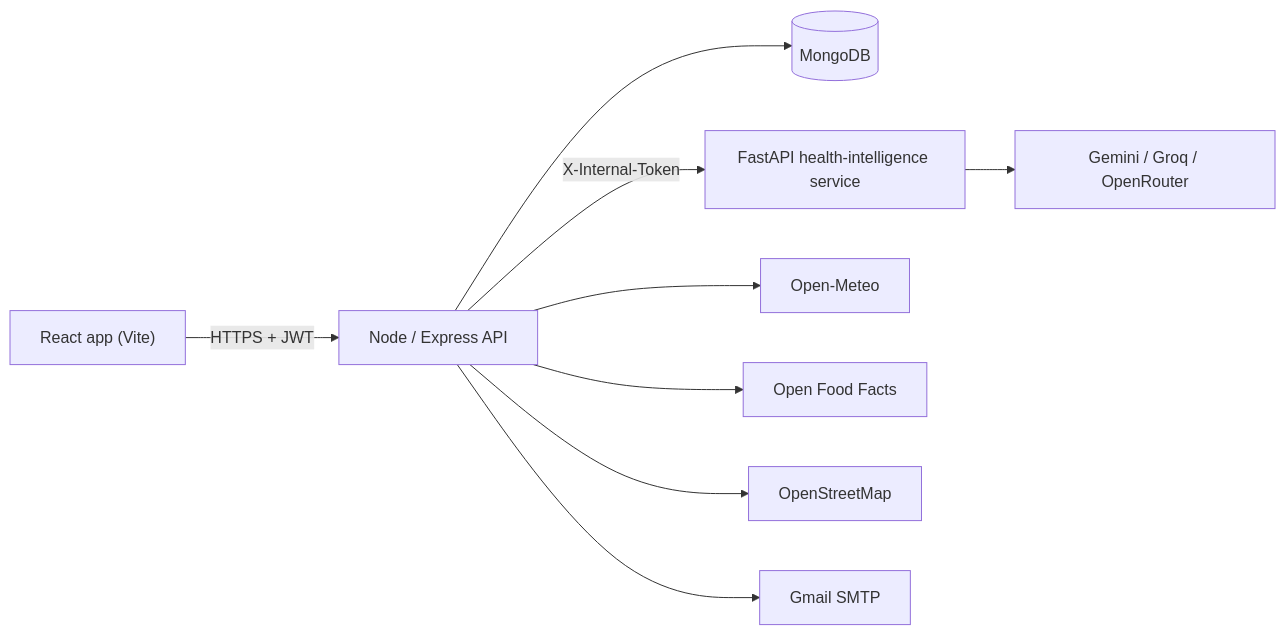
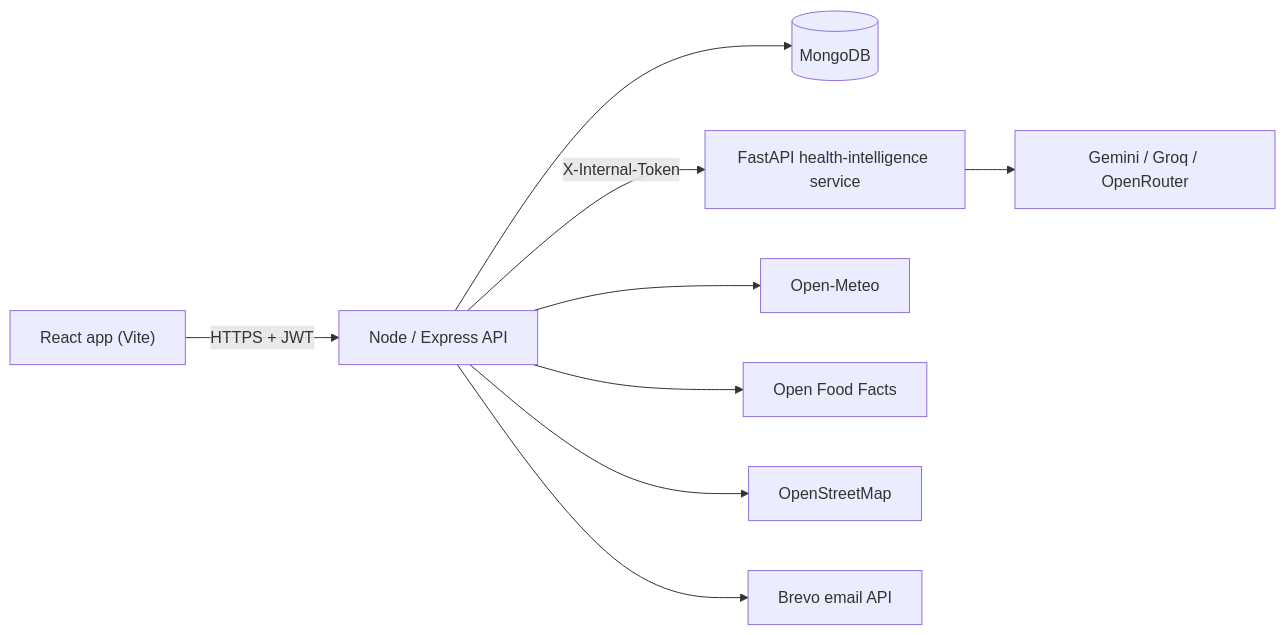
One commit to Hargun1/Build-for-bangalore changed the diagram in README.md. Above: the diagram before and after it, drawn with Mermaid. The commit also changed other lines of this file and 41 other files, not shown here.

Commit message:
Ship reliability and safety fixes across health flows

````diff
--- a/README.md
+++ b/README.md
@@ -32,11 +32,11 @@
 ```mermaid
 flowchart LR
   B["React app (Vite)"] -->|"HTTPS + JWT"| N["Node / Express API"]
   N --> M[("MongoDB")]
   N -->|"X-Internal-Token"| P["FastAPI health-intelligence service"]
   P --> G["Gemini / Groq / OpenRouter"]
   N --> OM["Open-Meteo"]
   N --> OFF["Open Food Facts"]
   N --> OSM["OpenStreetMap"]
-  N --> GM["Gmail SMTP"]
+  N --> GM["Brevo email API"]
 ```
````
